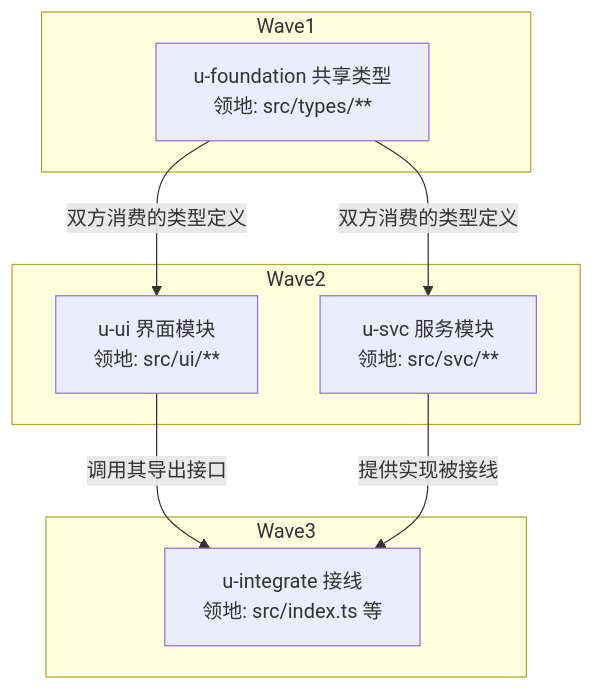
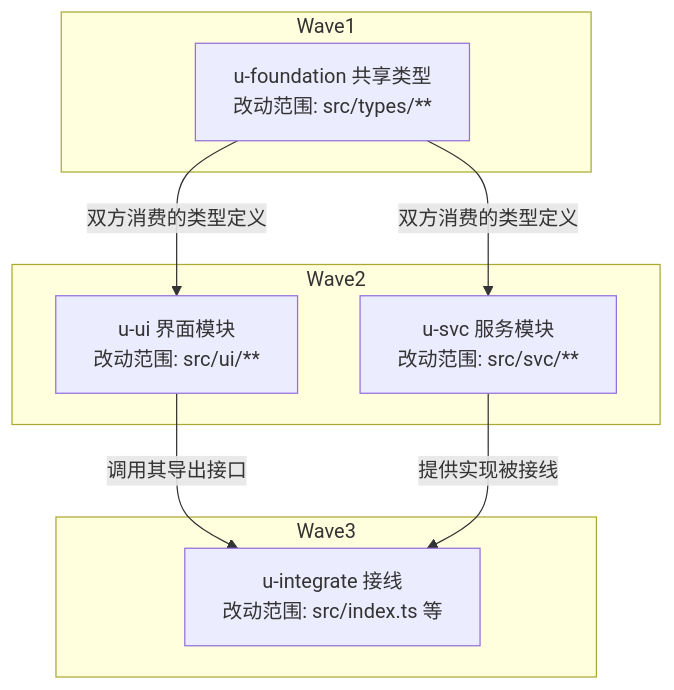
The diagram in skills/self/dev-workflow/dev-flow/references/dag-authoring.md (zhushanwen321/zsw-skills), drawn with Mermaid before and after one commit. The commit also changed other lines of this file and 22 other files, not shown here.

````diff
--- a/skills/self/dev-workflow/dev-flow/references/dag-authoring.md
+++ b/skills/self/dev-workflow/dev-flow/references/dag-authoring.md
@@ -56,17 +56,17 @@
 ```mermaid
 graph TD
   subgraph W1[Wave1]
-    U0["u-foundation 共享类型<br/>领地: src/types/**"]
+    U0["u-foundation 共享类型<br/>改动范围: src/types/**"]
   end
   subgraph W2[Wave2]
-    U1["u-ui 界面模块<br/>领地: src/ui/**"]
-    U2["u-svc 服务模块<br/>领地: src/svc/**"]
+    U1["u-ui 界面模块<br/>改动范围: src/ui/**"]
+    U2["u-svc 服务模块<br/>改动范围: src/svc/**"]
   end
   subgraph W3[Wave3]
-    U3["u-integrate 接线<br/>领地: src/index.ts 等"]
+    U3["u-integrate 接线<br/>改动范围: src/index.ts 等"]
   end
   U0 -->|"双方消费的类型定义"| U1
   U0 -->|"双方消费的类型定义"| U2
   U1 -->|"调用其导出接口"| U3
   U2 -->|"提供实现被接线"| U3
 ```
````
